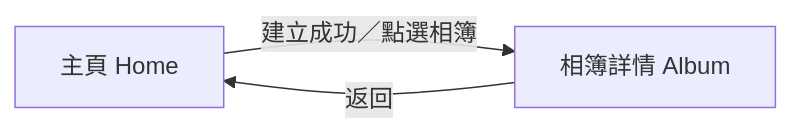
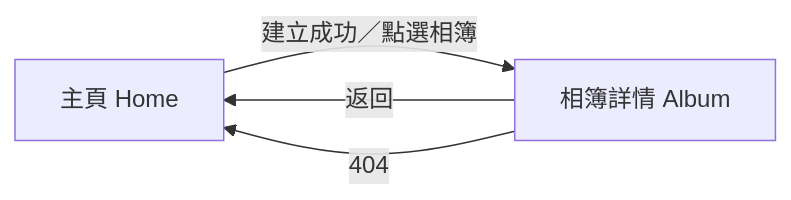
One commit to Waterball-Limited-Company/Jochu-lv1-training-course changed the ninth of 9 diagrams in specs/001-photo-albums/system-analyze/ui-plan.md. Above: the diagram before and after it, drawn with Mermaid. The commit also changed other lines of this file and 84 other files, not shown here.

````diff
--- a/specs/001-photo-albums/system-analyze/ui-plan.md
+++ b/specs/001-photo-albums/system-analyze/ui-plan.md
@@ -269,8 +382,9 @@
 ```mermaid
 flowchart LR
     Home[主頁 Home]
     Album[相簿詳情 Album]
 
     Home -->|建立成功／點選相簿| Album
     Album -->|返回| Home
+    Album -->|404| Home
 ```
````
